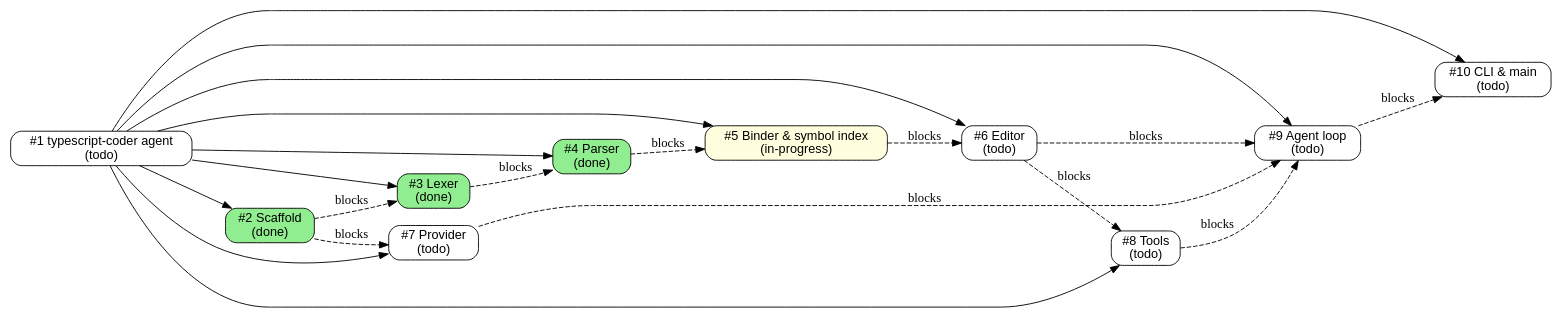
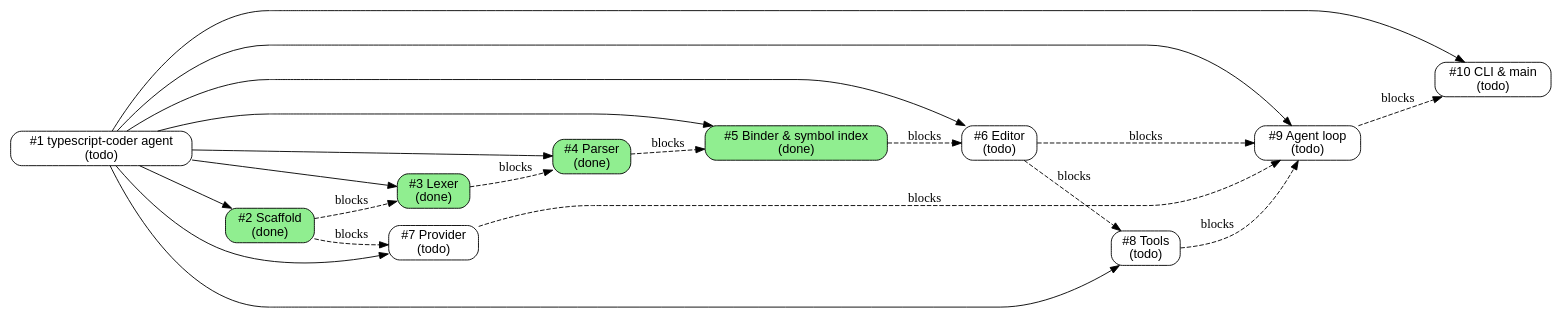
One commit to illusory0x0/typescript-coder changed the diagram in issues/todo.md. Above: the diagram before and after it, drawn with Graphviz. The commit also changed other lines of this file and 1 other file, not shown here.

Commit message:
Mark issue #5 done in tracker

````diff
--- a/issues/todo.md
+++ b/issues/todo.md
@@ -7,42 +7,42 @@
 ```dot
 digraph issues {
   rankdir=LR;
   node [shape=box, style="rounded,filled", fontname="Helvetica"];
 
   // status colors: todo=white, in-progress=lightyellow, review=lightblue,
   //                done=lightgreen, wontfix=lightgrey
   "1"  [label="#1 typescript-coder agent\n(todo)", fillcolor="white"];
   "2"  [label="#2 Scaffold\n(done)", fillcolor="lightgreen"];
   "3"  [label="#3 Lexer\n(done)", fillcolor="lightgreen"];
   "4"  [label="#4 Parser\n(done)", fillcolor="lightgreen"];
-  "5"  [label="#5 Binder & symbol index\n(in-progress)", fillcolor="lightyellow"];
+  "5"  [label="#5 Binder & symbol index\n(done)", fillcolor="lightgreen"];
   "6"  [label="#6 Editor\n(todo)", fillcolor="white"];
   "7"  [label="#7 Provider\n(todo)", fillcolor="white"];
   "8"  [label="#8 Tools\n(todo)", fillcolor="white"];
   "9"  [label="#9 Agent loop\n(todo)", fillcolor="white"];
   "10" [label="#10 CLI & main\n(todo)", fillcolor="white"];
 
   // tree edges (parent -> child), solid
   "1" -> "2";
   "1" -> "3";
   "1" -> "4";
   "1" -> "5";
   "1" -> "6";
   "1" -> "7";
   "1" -> "8";
   "1" -> "9";
   "1" -> "10";
 
   // dependency edges (blocker -> blocked), dashed
   "2" -> "3" [style=dashed, label="blocks"];
   "3" -> "4" [style=dashed, label="blocks"];
   "4" -> "5" [style=dashed, label="blocks"];
   "5" -> "6" [style=dashed, label="blocks"];
   "2" -> "7" [style=dashed, label="blocks"];
   "6" -> "8" [style=dashed, label="blocks"];
   "6" -> "9" [style=dashed, label="blocks"];
   "7" -> "9" [style=dashed, label="blocks"];
   "8" -> "9" [style=dashed, label="blocks"];
   "9" -> "10" [style=dashed, label="blocks"];
 }
 ```
````
